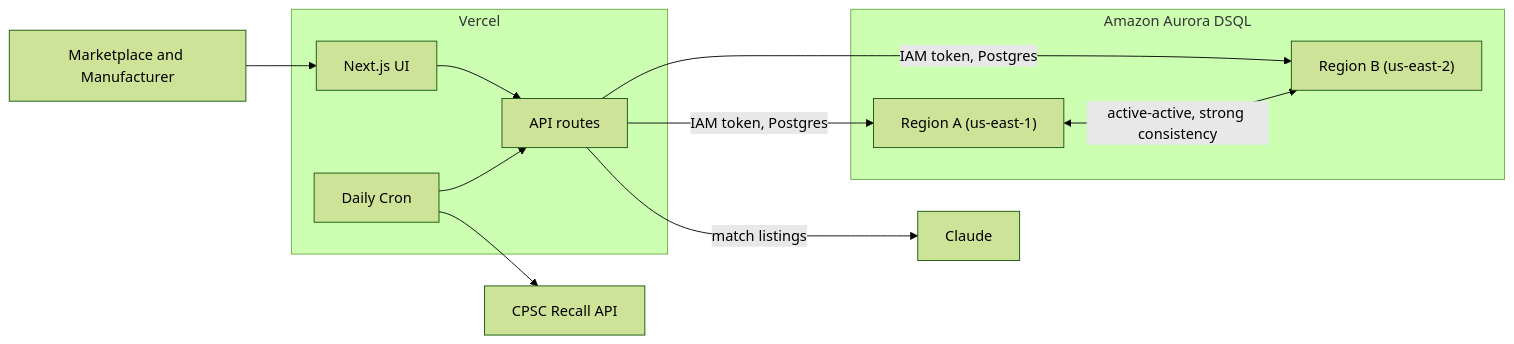
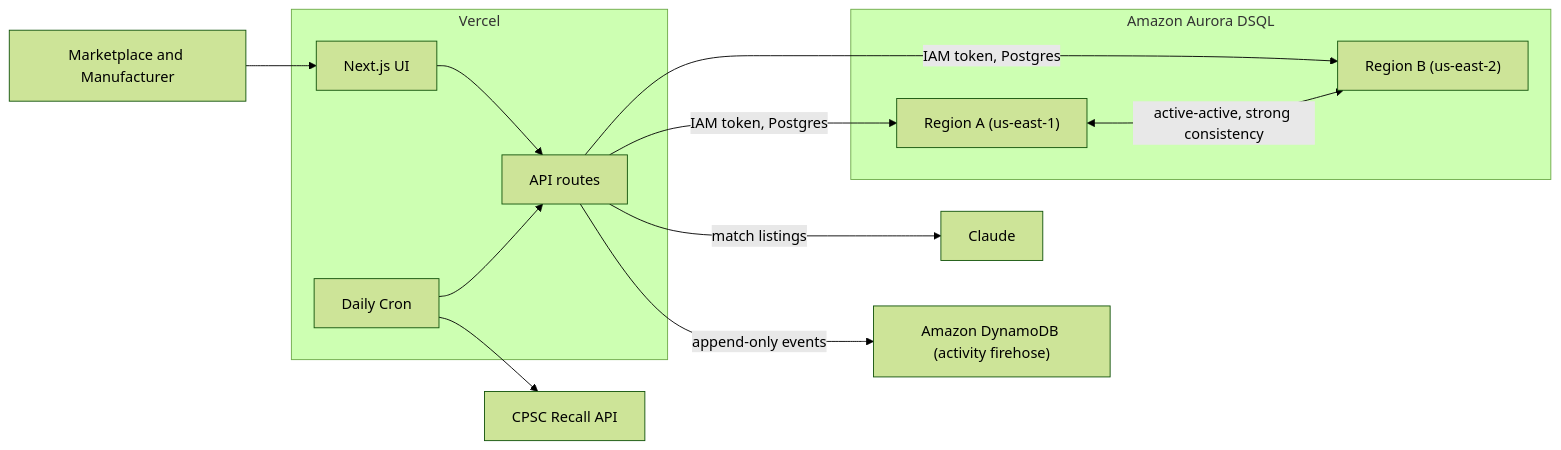
One commit to usv240/safestate changed the diagram in README.md. Above: the diagram before and after it, drawn with Mermaid (forest theme). The commit also changed other lines of this file and 14 other files, not shown here.

Commit message:
Add DynamoDB activity firehose (polyglot persistence) with ADR-0008

````diff
--- a/README.md
+++ b/README.md
@@ -17,26 +17,28 @@
 ```mermaid
 flowchart LR
   Users["Marketplace and Manufacturer"]
 
   subgraph Vercel
     UI["Next.js UI"]
     API["API routes"]
     Cron["Daily Cron"]
   end
 
   subgraph DSQL["Amazon Aurora DSQL"]
     A["Region A (us-east-1)"]
     B["Region B (us-east-2)"]
   end
 
   CPSC["CPSC Recall API"]
   Claude["Claude"]
+  DDB["Amazon DynamoDB (activity firehose)"]
 
   Users --> UI --> API
   API -->|"IAM token, Postgres"| A
   API -->|"IAM token, Postgres"| B
   A <-->|"active-active, strong consistency"| B
+  API -->|"append-only events"| DDB
   Cron --> CPSC
   Cron --> API
   API -->|"match listings"| Claude
 ```
````
